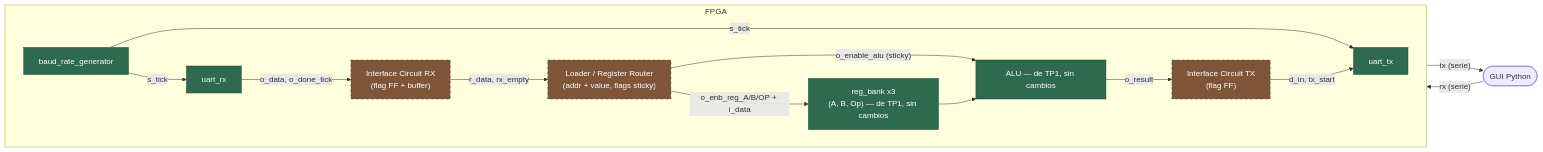
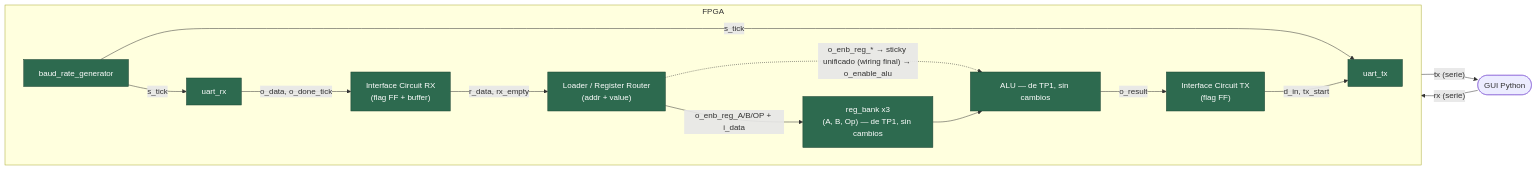
The first of 8 diagrams in TP2/README.md (wandamol1405/AdC-Tps), drawn with Mermaid before and after one commit. The commit also changed other lines of this file and 2 other files, not shown here.

Commit message:
Agregar módulo loader_uart y testbench para la carga de datos vía UART

````diff
--- a/TP2/README.md
+++ b/TP2/README.md
@@ -18,33 +18,32 @@
 ```mermaid
 flowchart LR
     GUI(["GUI Python"])
 
     subgraph FPGA["FPGA"]
         direction LR
         BRG["baud_rate_generator"]
         RX["uart_rx"]
         TX["uart_tx"]
         IFCRX["Interface Circuit RX\n(flag FF + buffer)"]
         IFCTX["Interface Circuit TX\n(flag FF)"]
-        LOADER["Loader / Register Router\n(addr + value, flags sticky)"]
+        LOADER["Loader / Register Router\n(addr + value)"]
         REGBANK["reg_bank x3\n(A, B, Op) — de TP1, sin cambios"]
         ALU["ALU — de TP1, sin cambios"]
     end
 
     GUI -- "rx (serie)" --> RX
     BRG -- s_tick --> RX
     BRG -- s_tick --> TX
     RX -- "o_data, o_done_tick" --> IFCRX
     IFCRX -- "r_data, rx_empty" --> LOADER
     LOADER -- "o_enb_reg_A/B/OP + i_data" --> REGBANK
-    LOADER -- "o_enable_alu (sticky)" --> ALU
+    LOADER -. "o_enb_reg_* → sticky unificado (wiring final) → o_enable_alu" .-> ALU
     REGBANK --> ALU
     ALU -- "o_result" --> IFCTX
     IFCTX -- "d_in, tx_start" --> TX
     TX -- "tx (serie)" --> GUI
 
     classDef done fill:#2d6a4f,color:#fff,stroke:#1b4332;
     classDef pending fill:#7f5539,color:#fff,stroke:#5c3a1e,stroke-dasharray: 5 5;
-    class BRG,RX,TX,REGBANK,ALU done;
-    class IFCRX,IFCTX,LOADER pending;
+    class BRG,RX,TX,IFCRX,IFCTX,LOADER,REGBANK,ALU done;
 ```
````
